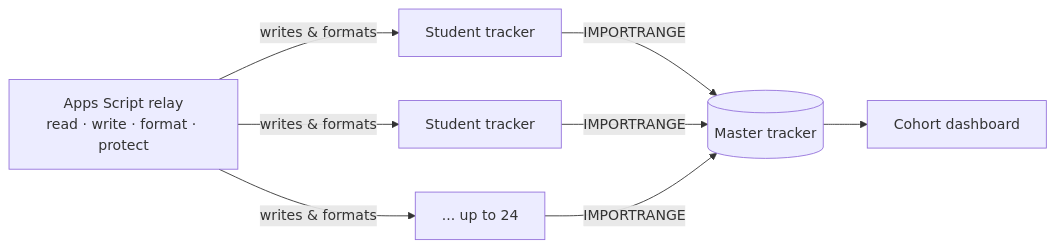
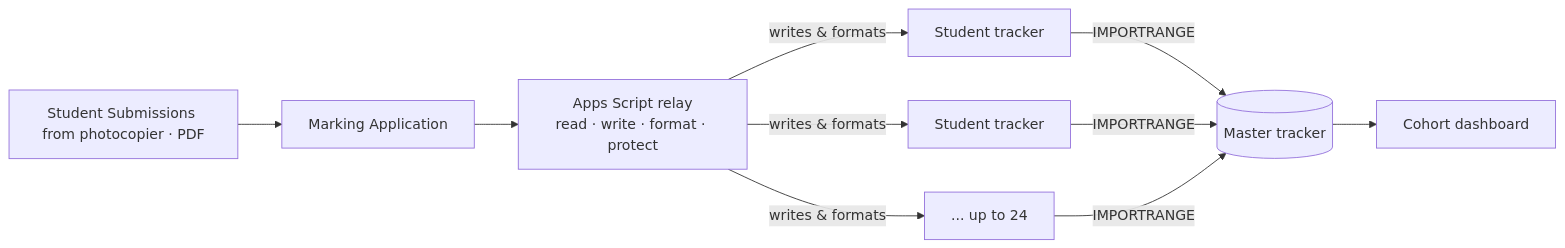
One commit to lmcrean/lmcrean changed the second of 2 diagrams in ReadMe.md. Above: the diagram before and after it, drawn with Mermaid. The commit also changed other lines of this file, not shown here.

First line of the commit message:
Revise Professional Marking Workflow and add details

````diff
--- a/ReadMe.md
+++ b/ReadMe.md
@@ -56,11 +53,13 @@
 ```mermaid
 flowchart LR
     Relay["Apps Script relay<br/>read · write · format · protect"]
+    SS["Student Submissions from photocopier · PDF"] --> MW
+    MW["Marking Application"] --> Relay
     Relay -->|writes & formats| T1[Student tracker]
     Relay -->|writes & formats| T2[Student tracker]
     Relay -->|writes & formats| Tn[... up to 24]
     T1 -->|IMPORTRANGE| Master[(Master tracker)]
     T2 -->|IMPORTRANGE| Master
     Tn -->|IMPORTRANGE| Master
     Master --> Dash[Cohort dashboard]
 ```
````
